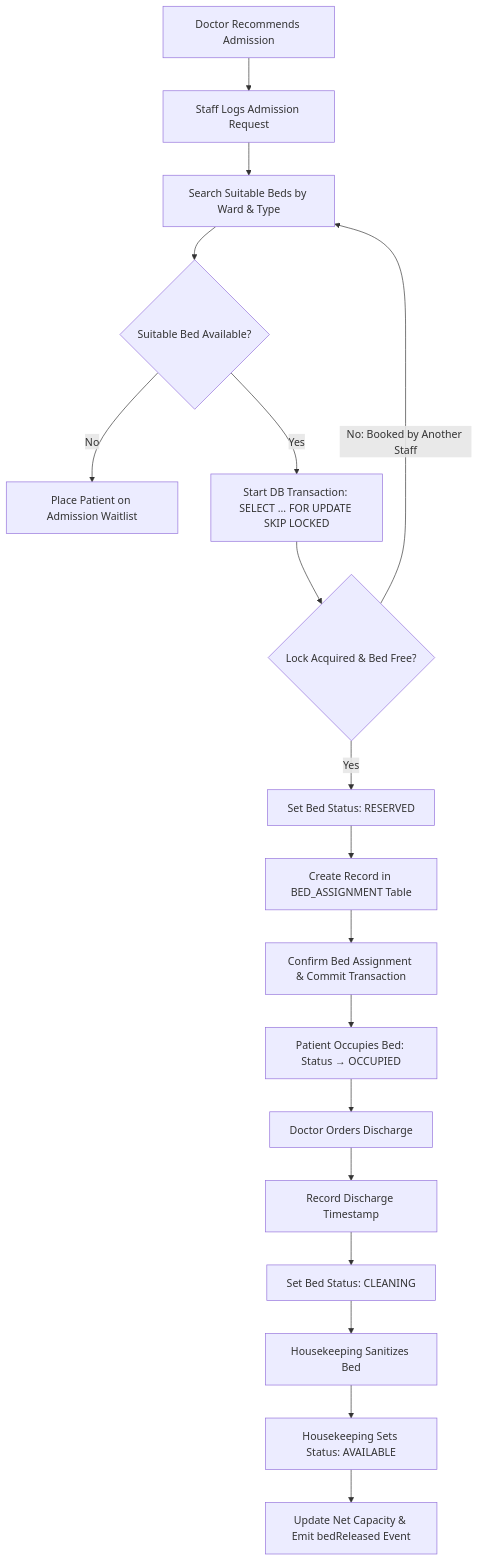
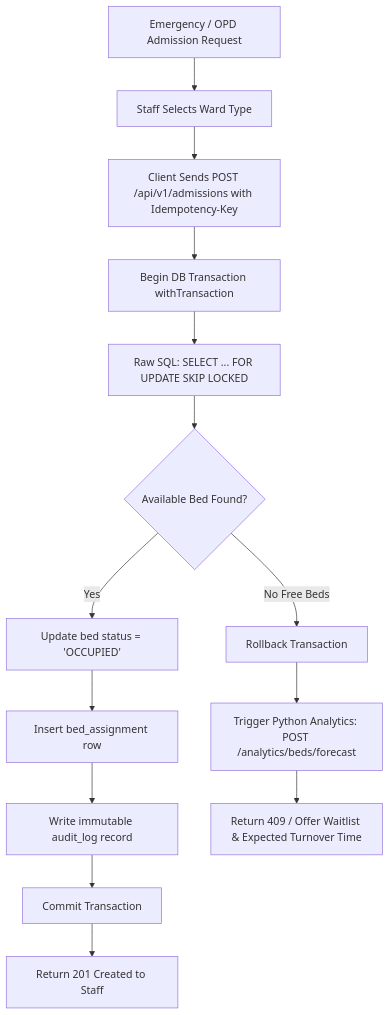
The fourth of 6 diagrams in documentation/Hospital_Management_System_Proposal.md (Ar1es-XD/AP-Project), drawn with Mermaid before and after one commit. The commit also changed other lines of this file and 5 other files, not shown here.

Commit message:
docs: update proposal, build plan, and ER diagram to reflect redistributed plan and remove obsolete PDFs

````diff
--- a/documentation/Hospital_Management_System_Proposal.md
+++ b/documentation/Hospital_Management_System_Proposal.md
@@ -761,20 +425,16 @@
 ```mermaid
 flowchart TD
-    A[Doctor Recommends Admission] --> B[Staff Logs Admission Request]
-    B --> C[Search Suitable Beds by Ward & Type]
-    C --> D{Suitable Bed Available?}
-    D -->|No| E[Place Patient on Admission Waitlist]
-    D -->|Yes| F["Start DB Transaction: SELECT ... FOR UPDATE SKIP LOCKED"]
-    F --> G{Lock Acquired & Bed Free?}
-    G -->|"No: Booked by Another Staff"| C
-    G -->|Yes| H[Set Bed Status: RESERVED]
-    H --> I[Create Record in BED_ASSIGNMENT Table]
-    I --> J[Confirm Bed Assignment & Commit Transaction]
-    J --> K["Patient Occupies Bed: Status → OCCUPIED"]
-    K --> L[Doctor Orders Discharge]
-    L --> M[Record Discharge Timestamp]
-    M --> N[Set Bed Status: CLEANING]
-    N --> O[Housekeeping Sanitizes Bed]
-    O --> P[Housekeeping Sets Status: AVAILABLE]
-    P --> Q["Update Net Capacity & Emit bedReleased Event"]
+    A[Emergency / OPD Admission Request] --> B[Staff Selects Ward Type]
+    B --> C[Client Sends POST /api/v1/admissions with Idempotency-Key]
+    C --> D[Begin DB Transaction withTransaction]
+    D --> E[Raw SQL: SELECT ... FOR UPDATE SKIP LOCKED]
+    E --> F{Available Bed Found?}
+    F -->|Yes| G[Update bed status = 'OCCUPIED']
+    G --> H[Insert bed_assignment row]
+    H --> I[Write immutable audit_log record]
+    I --> J[Commit Transaction]
+    J --> K[Return 201 Created to Staff]
+    F -->|No Free Beds| L[Rollback Transaction]
+    L --> M[Trigger Python Analytics: POST /analytics/beds/forecast]
+    M --> N[Return 409 / Offer Waitlist & Expected Turnover Time]
 ```
````
